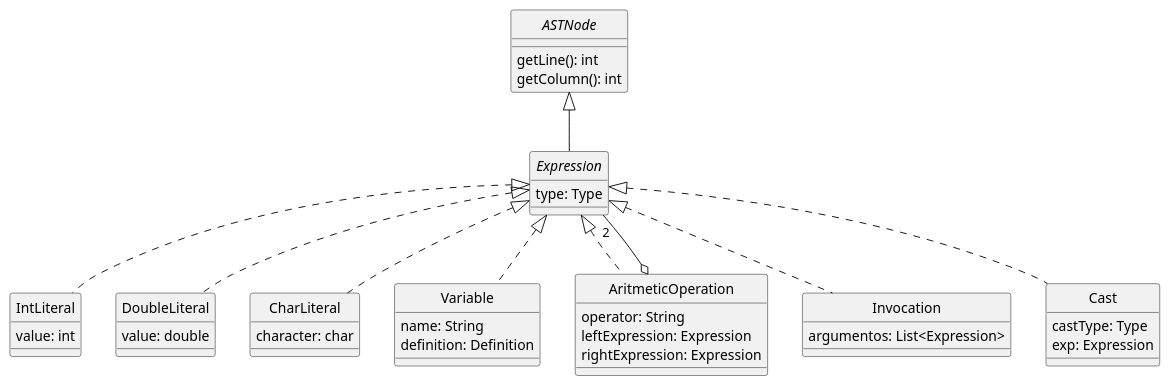
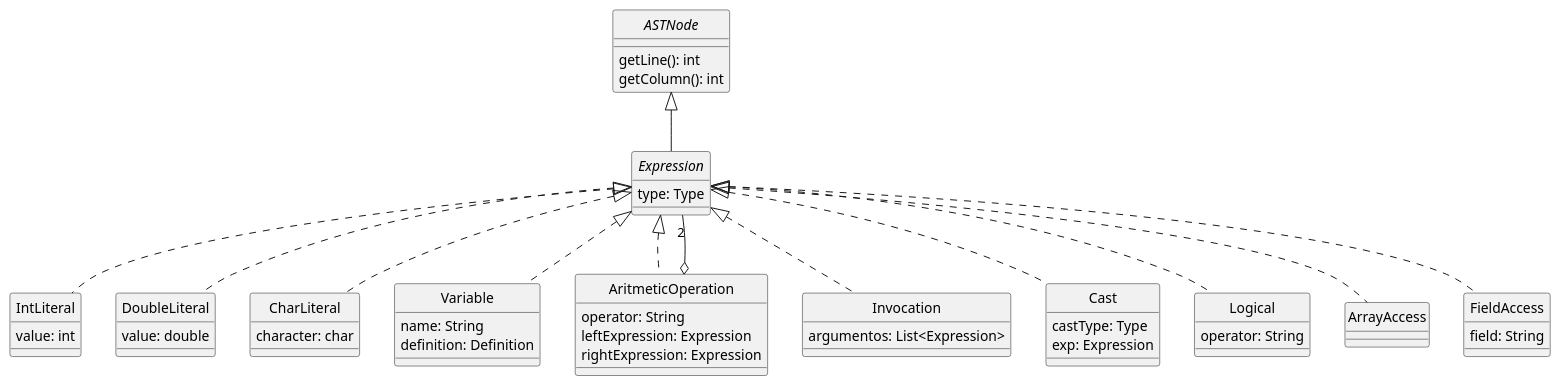
One commit to JonathanAriass/dlp-examen changed the diagram in docs/diagrams/expressions.plantuml. Above: the diagram before and after it, drawn with PlantUML.

Commit message:
expressions types added

```diff
--- a/docs/diagrams/expressions.plantuml
+++ b/docs/diagrams/expressions.plantuml
@@ -1,57 +1,68 @@
 @startuml Expressions
 skinparam style strictuml
 skinparam monochrome true
 
 
 interface ASTNode {
     getLine(): int
     getColumn(): int
 }
 
 interface Expression {
     type: Type
 }
 
 class IntLiteral {
     value: int
 }
 
 class DoubleLiteral {
     value: double
 }
 
 class CharLiteral {
     character: char
 }
 
 class Variable {
     name: String
     definition: Definition
 }
 
 class AritmeticOperation {
     operator: String
     leftExpression: Expression
     rightExpression: Expression
     ' Deben de poder ser evaluables
 }
 
 class Invocation implements Expression {
     argumentos: List<Expression>
 }
 
 class Cast {
     castType: Type
     exp: Expression
 }
 
+class Logical implements Expression {
+    operator: String
+}
+
+class ArrayAccess implements Expression {
+}
+
+class FieldAccess implements Expression {
+    field: String
+}
+
 ASTNode <|-- Expression
 Expression <|.. IntLiteral
 Expression <|.. DoubleLiteral
 Expression <|.. CharLiteral
 Expression <|.. Variable
 Expression <|.. AritmeticOperation
 AritmeticOperation o-- "2" Expression
 Expression <|.. Cast
 
 @enduml
```
